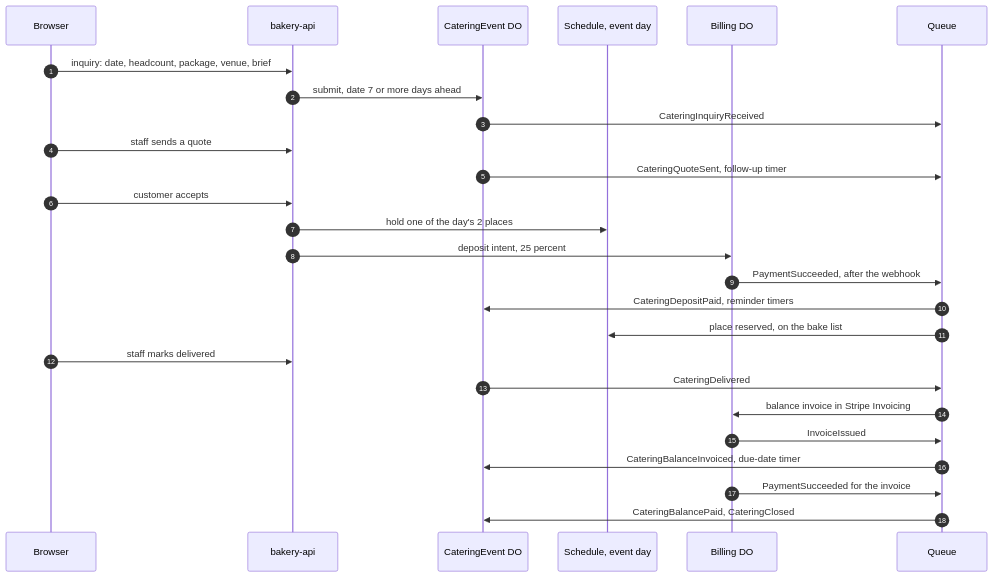
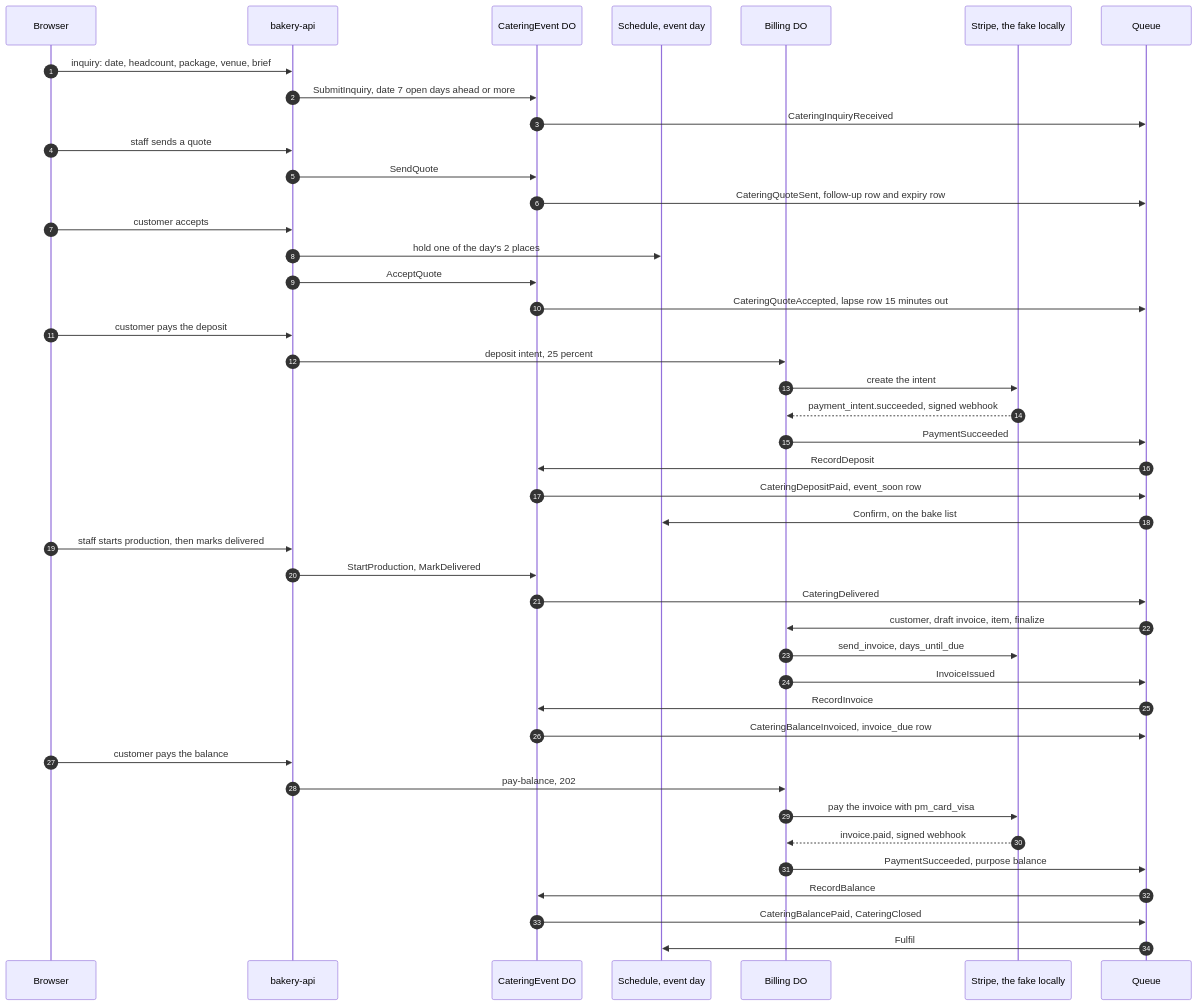
The seventh of 11 diagrams in docs/architecture.md (IHaveASegway/bakery), drawn with Mermaid before and after one commit. The commit also changed other lines of this file and 6 other files, not shown here.

````diff
--- a/docs/architecture.md
+++ b/docs/architecture.md
@@ -445,28 +448,45 @@
 ```mermaid
 sequenceDiagram
   autonumber
   participant B as Browser
   participant A as bakery-api
   participant CE as CateringEvent DO
   participant SC as Schedule, event day
   participant BI as Billing DO
+  participant ST as Stripe, the fake locally
   participant Q as Queue
   B->>A: inquiry: date, headcount, package, venue, brief
-  A->>CE: submit, date 7 or more days ahead
+  A->>CE: SubmitInquiry, date 7 open days ahead or more
   CE->>Q: CateringInquiryReceived
   B->>A: staff sends a quote
-  CE->>Q: CateringQuoteSent, follow-up timer
+  A->>CE: SendQuote
+  CE->>Q: CateringQuoteSent, follow-up row and expiry row
   B->>A: customer accepts
   A->>SC: hold one of the day's 2 places
+  A->>CE: AcceptQuote
+  CE->>Q: CateringQuoteAccepted, lapse row 15 minutes out
+  B->>A: customer pays the deposit
   A->>BI: deposit intent, 25 percent
-  BI->>Q: PaymentSucceeded, after the webhook
-  Q->>CE: CateringDepositPaid, reminder timers
-  Q->>SC: place reserved, on the bake list
-  B->>A: staff marks delivered
+  BI->>ST: create the intent
+  ST-->>BI: payment_intent.succeeded, signed webhook
+  BI->>Q: PaymentSucceeded
+  Q->>CE: RecordDeposit
+  CE->>Q: CateringDepositPaid, event_soon row
+  Q->>SC: Confirm, on the bake list
+  B->>A: staff starts production, then marks delivered
+  A->>CE: StartProduction, MarkDelivered
   CE->>Q: CateringDelivered
-  Q->>BI: balance invoice in Stripe Invoicing
+  Q->>BI: customer, draft invoice, item, finalize
+  BI->>ST: send_invoice, days_until_due
   BI->>Q: InvoiceIssued
-  Q->>CE: CateringBalanceInvoiced, due-date timer
-  BI->>Q: PaymentSucceeded for the invoice
-  Q->>CE: CateringBalancePaid, CateringClosed
+  Q->>CE: RecordInvoice
+  CE->>Q: CateringBalanceInvoiced, invoice_due row
+  B->>A: customer pays the balance
+  A->>BI: pay-balance, 202
+  BI->>ST: pay the invoice with pm_card_visa
+  ST-->>BI: invoice.paid, signed webhook
+  BI->>Q: PaymentSucceeded, purpose balance
+  Q->>CE: RecordBalance
+  CE->>Q: CateringBalancePaid, CateringClosed
+  Q->>SC: Fulfil
 ```
````
